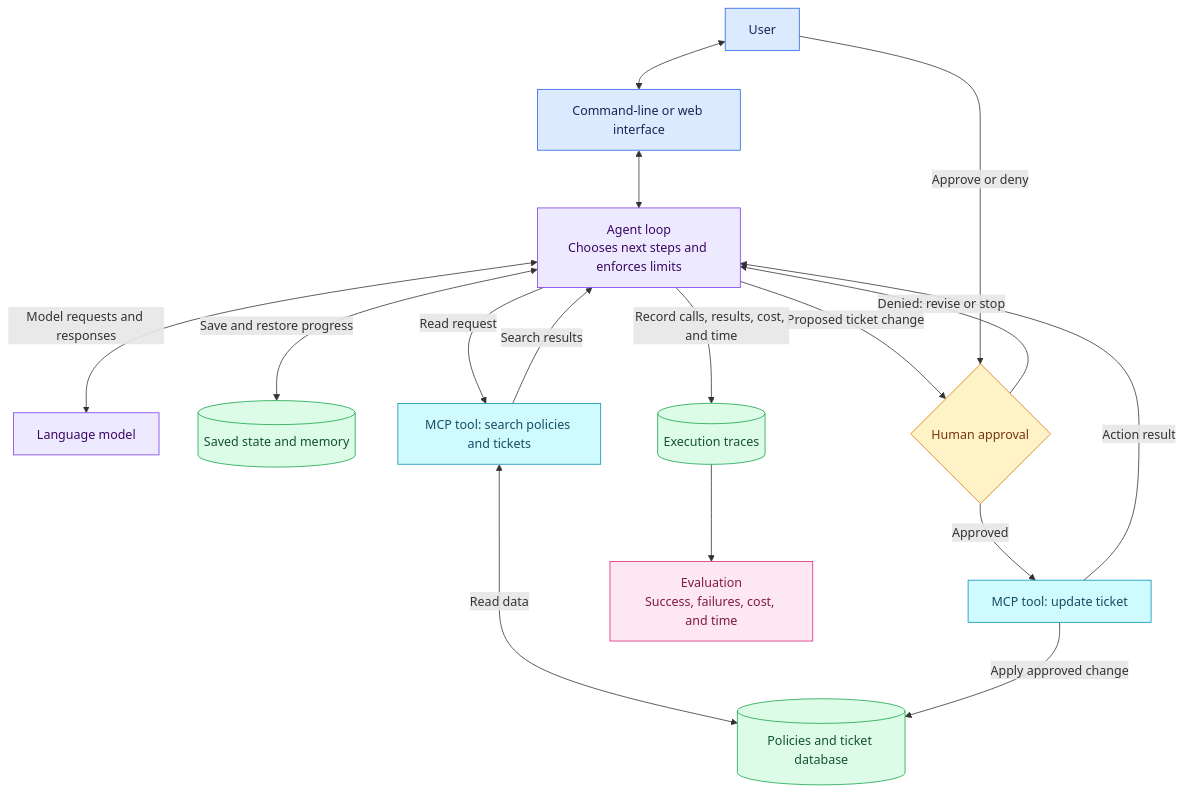
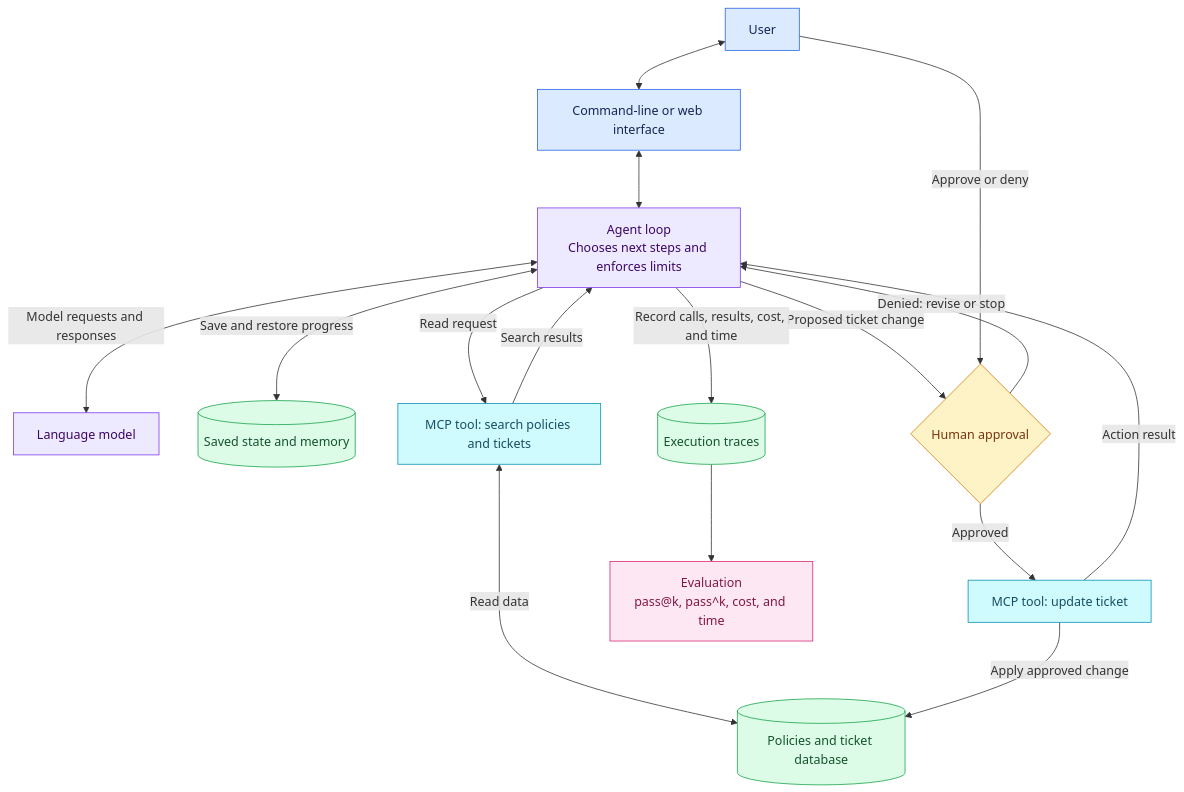
The diagram in README.md (ourarash/agentic_project), drawn with Mermaid before and after one commit. The commit also changed other lines of this file, not shown here.

Commit message:
Specify Session 6 repeated-trial evaluation metrics and protocol

````diff
--- a/README.md
+++ b/README.md
@@ -53,36 +53,36 @@
 ```mermaid
 flowchart TD
     User["User"] <--> UI["Command-line or web interface"]
     UI <--> Agent["Agent loop<br/>Chooses next steps and enforces limits"]
 
     Agent <-->|Model requests and responses| Model["Language model"]
     Agent <-->|Save and restore progress| State[("Saved state and memory")]
 
     Agent -->|Read request| Read["MCP tool: search policies and tickets"]
     Read <-->|Read data| Data[("Policies and ticket database")]
     Read -->|Search results| Agent
 
     Agent -->|Proposed ticket change| Approval{"Human approval"}
     User -->|Approve or deny| Approval
     Approval -->|Approved| Write["MCP tool: update ticket"]
     Approval -->|Denied: revise or stop| Agent
     Write -->|Apply approved change| Data
     Write -->|Action result| Agent
 
     Agent -->|Record calls, results, cost, and time| Logs[("Execution traces")]
-    Logs --> Evaluation["Evaluation<br/>Success, failures, cost, and time"]
+    Logs --> Evaluation["Evaluation<br/>pass@k, pass^k, cost, and time"]
 
     classDef interface fill:#dbeafe,stroke:#2563eb,color:#172554;
     classDef agent fill:#ede9fe,stroke:#7c3aed,color:#3b0764;
     classDef tool fill:#cffafe,stroke:#0891b2,color:#164e63;
     classDef storage fill:#dcfce7,stroke:#16a34a,color:#14532d;
     classDef approval fill:#fef3c7,stroke:#d97706,color:#78350f;
     classDef evaluation fill:#fce7f3,stroke:#db2777,color:#831843;
 
     class User,UI interface;
     class Agent,Model agent;
     class Read,Write tool;
     class State,Data,Logs storage;
     class Approval approval;
     class Evaluation evaluation;
 ```
````
